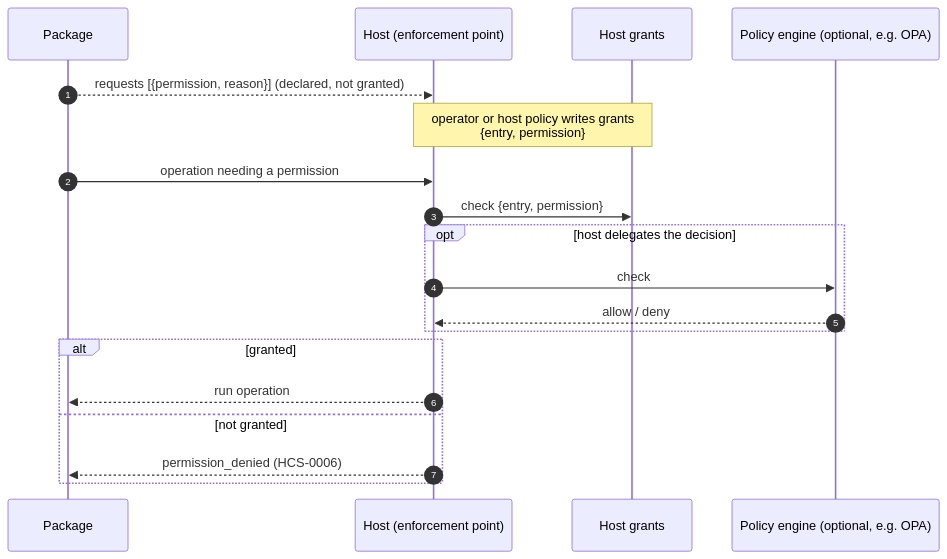
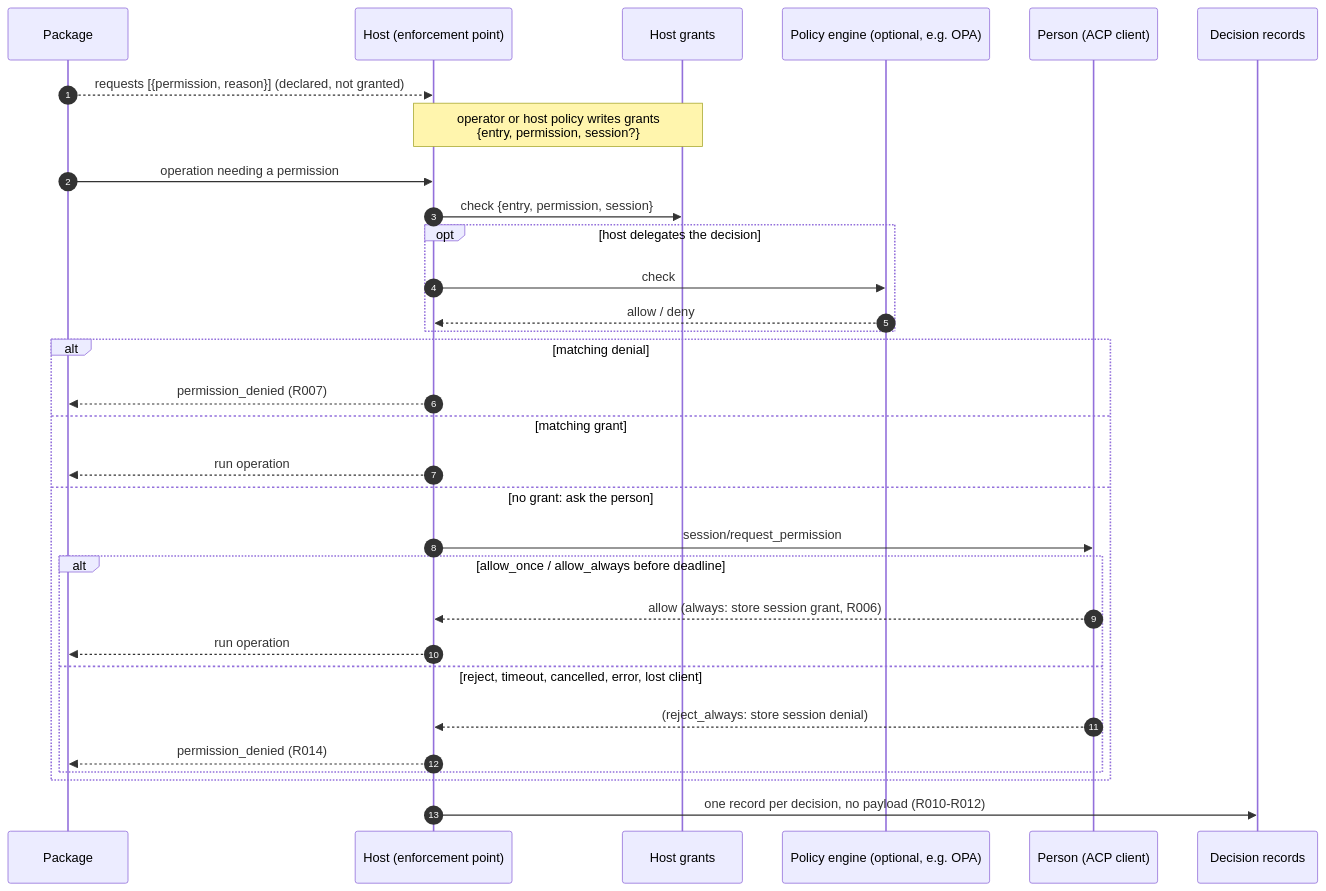
Diagram 11 of 13 in docs/architecture.md (FullFran/hcs), drawn with Mermaid before and after one commit. The commit also changed other lines of this file, not shown here.

Commit message:
docs(architecture): show stored denials, person answers, model transport guard and client reading

````diff
--- a/docs/architecture.md
+++ b/docs/architecture.md
@@ -270,22 +290,35 @@
 ```mermaid
 sequenceDiagram
     autonumber
     participant P as Package
     participant H as Host (enforcement point)
     participant G as Host grants
     participant PDP as Policy engine (optional, e.g. OPA)
 
+    participant U as Person (ACP client)
+    participant R as Decision records
+
     P-->>H: requests [{permission, reason}] (declared, not granted)
-    Note over H,G: operator or host policy writes grants<br/>{entry, permission}
+    Note over H,G: operator or host policy writes grants<br/>{entry, permission, session?}
     P->>H: operation needing a permission
-    H->>G: check {entry, permission}
+    H->>G: check {entry, permission, session}
     opt host delegates the decision
         H->>PDP: check
         PDP-->>H: allow / deny
     end
-    alt granted
+    alt matching denial
+        H-->>P: permission_denied (R007)
+    else matching grant
         H-->>P: run operation
-    else not granted
-        H-->>P: permission_denied (HCS-0006)
+    else no grant: ask the person
+        H->>U: session/request_permission
+        alt allow_once / allow_always before deadline
+            U-->>H: allow (always: store session grant, R006)
+            H-->>P: run operation
+        else reject, timeout, cancelled, error, lost client
+            U-->>H: (reject_always: store session denial)
+            H-->>P: permission_denied (R014)
+        end
     end
+    H->>R: one record per decision, no payload (R010-R012)
 ```
````
